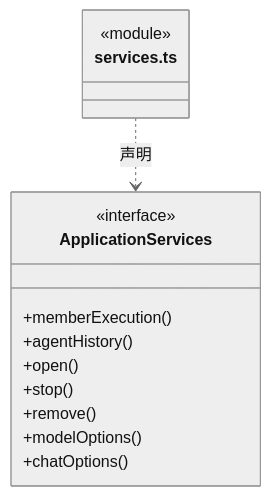
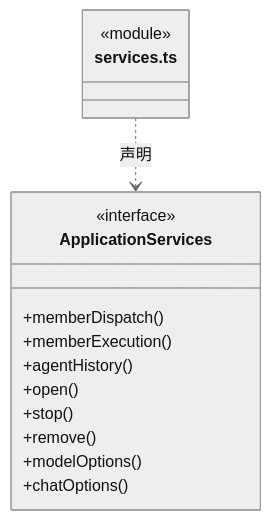
The third of 4 diagrams in src/backend/main/ipc/ARCHITECTURE.md (nan023062/cbim), drawn with Mermaid (neutral theme) before and after one commit. The commit also changed other lines of this file and 64 other files, not shown here.

````diff
--- a/src/backend/main/ipc/ARCHITECTURE.md
+++ b/src/backend/main/ipc/ARCHITECTURE.md
@@ -63,17 +63,18 @@
 ```mermaid
 classDiagram
 class N_src_backend_main_ipc_services_ts["services.ts"] {
   <<module>>
 }
 class N_src_backend_main_ipc_services_ts_ApplicationServices["ApplicationServices"] {
   <<interface>>
+  +memberDispatch()
   +memberExecution()
   +agentHistory()
   +open()
   +stop()
   +remove()
   +modelOptions()
   +chatOptions()
 }
 N_src_backend_main_ipc_services_ts ..> N_src_backend_main_ipc_services_ts_ApplicationServices : 声明
 ```
````
